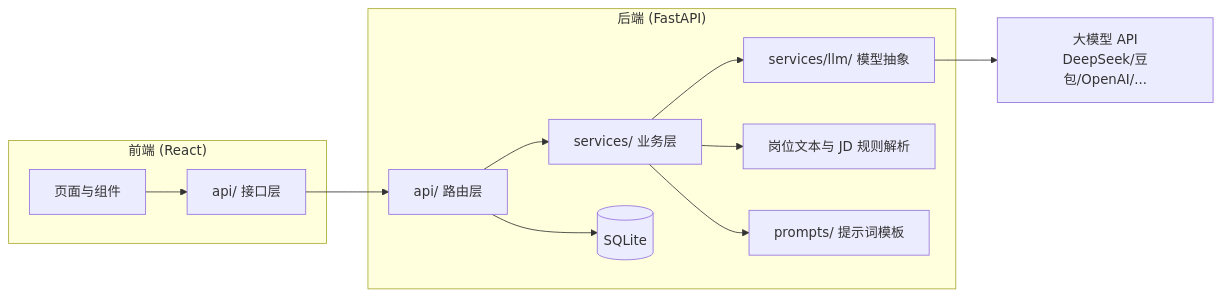
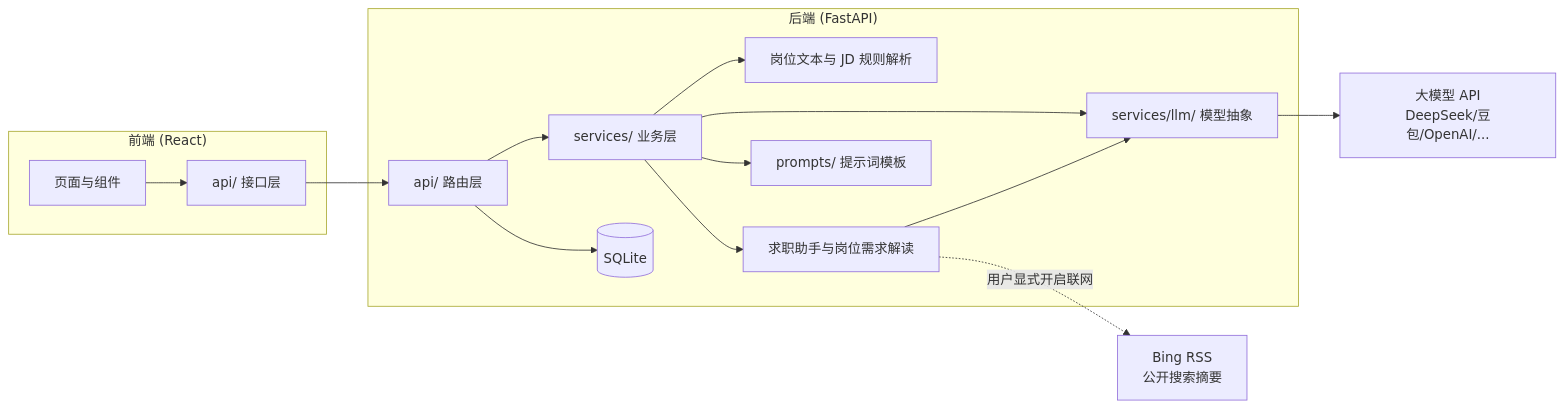
Before and after one commit to Magicapple-Coder/ResumeForge: the first of 4 diagrams in docs/architecture.md, drawn with Mermaid. The commit also changed other lines of this file and 76 other files, not shown here.

````diff
--- a/docs/architecture.md
+++ b/docs/architecture.md
@@ -7,22 +7,27 @@
 ```mermaid
 flowchart LR
     subgraph Frontend["前端 (React)"]
         UI[页面与组件]
         API[api/ 接口层]
     end
     subgraph Backend["后端 (FastAPI)"]
         ROUTES[api/ 路由层]
         SVC[services/ 业务层]
         LLM[services/llm/ 模型抽象]
         PARSER[岗位文本与 JD 规则解析]
+        ASSISTANT[求职助手与岗位需求解读]
         PROMPTS[prompts/ 提示词模板]
         DB[(SQLite)]
     end
     LLMAPI[大模型 API<br/>DeepSeek/豆包/OpenAI/...]
+    BING[Bing RSS<br/>公开搜索摘要]
 
     UI --> API --> ROUTES --> SVC
     SVC --> LLM --> LLMAPI
     SVC --> PARSER
+    SVC --> ASSISTANT
+    ASSISTANT --> LLM
+    ASSISTANT -. 用户显式开启联网 .-> BING
     SVC --> PROMPTS
     ROUTES --> DB
 ```
````
